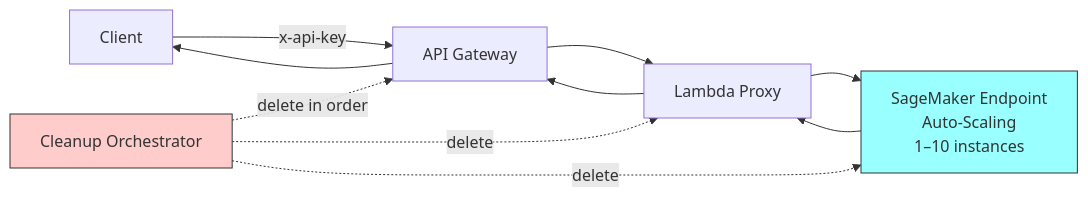
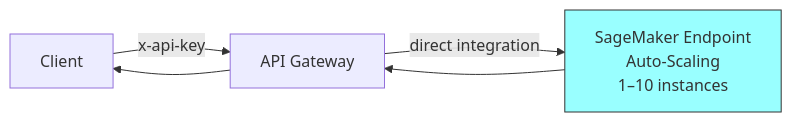
Before and after one commit to ruhuitay/sagemaker: the sixth of 6 diagrams in .kiro/specs/mnist-inference-endpoint/design.md, drawn with Mermaid. The commit also changed other lines of this file and 4 other files, not shown here.

````diff
--- a/.kiro/specs/mnist-inference-endpoint/design.md
+++ b/.kiro/specs/mnist-inference-endpoint/design.md
@@ -108,16 +137,9 @@
 ```mermaid
 graph LR
     Client -->|x-api-key| APIGateway[API Gateway]
-    APIGateway --> Lambda[Lambda Proxy]
-    Lambda --> SageMaker[SageMaker Endpoint<br/>Auto-Scaling<br/>1–10 instances]
-    SageMaker --> Lambda
-    Lambda --> APIGateway
+    APIGateway -->|direct integration| SageMaker[SageMaker Endpoint<br/>Auto-Scaling<br/>1–10 instances]
+    SageMaker --> APIGateway
     APIGateway --> Client
 
-    Cleanup[Cleanup Orchestrator] -.->|delete in order| APIGateway
-    Cleanup -.->|delete| Lambda
-    Cleanup -.->|delete| SageMaker
-
     style SageMaker fill:#9ff,stroke:#333
-    style Cleanup fill:#fcc,stroke:#333
 ```
````
